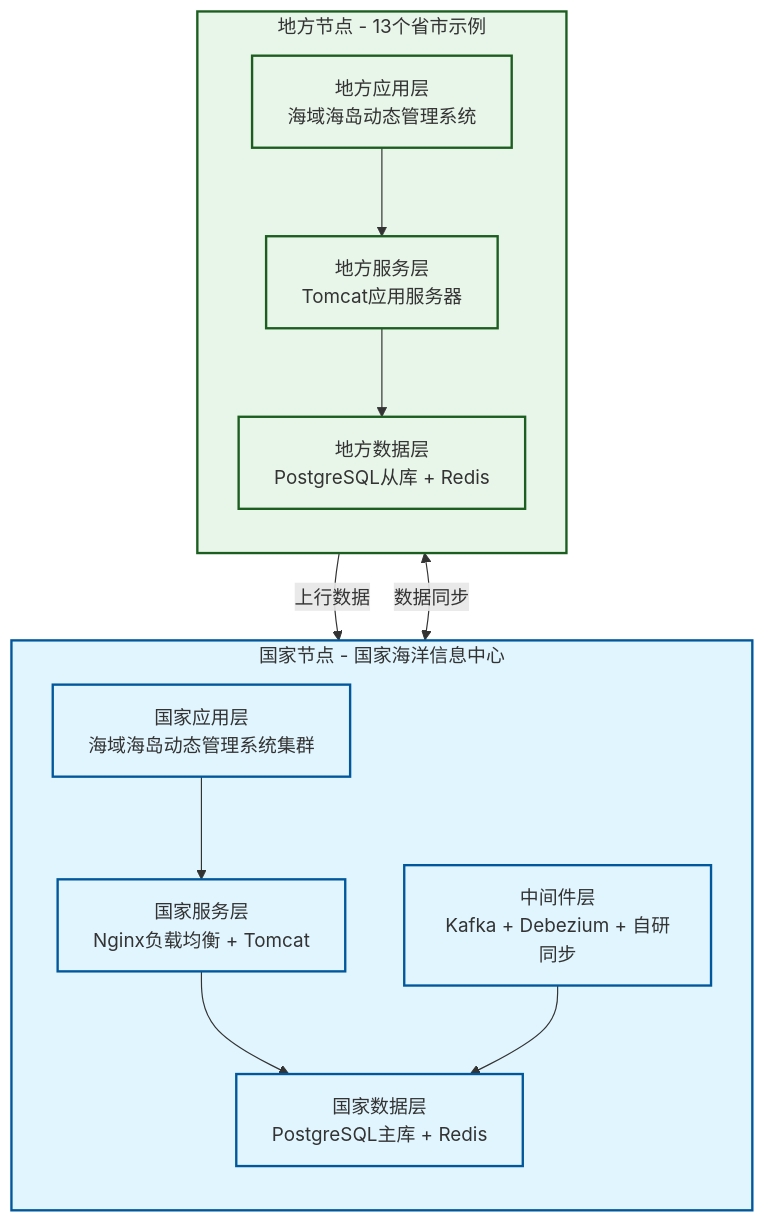
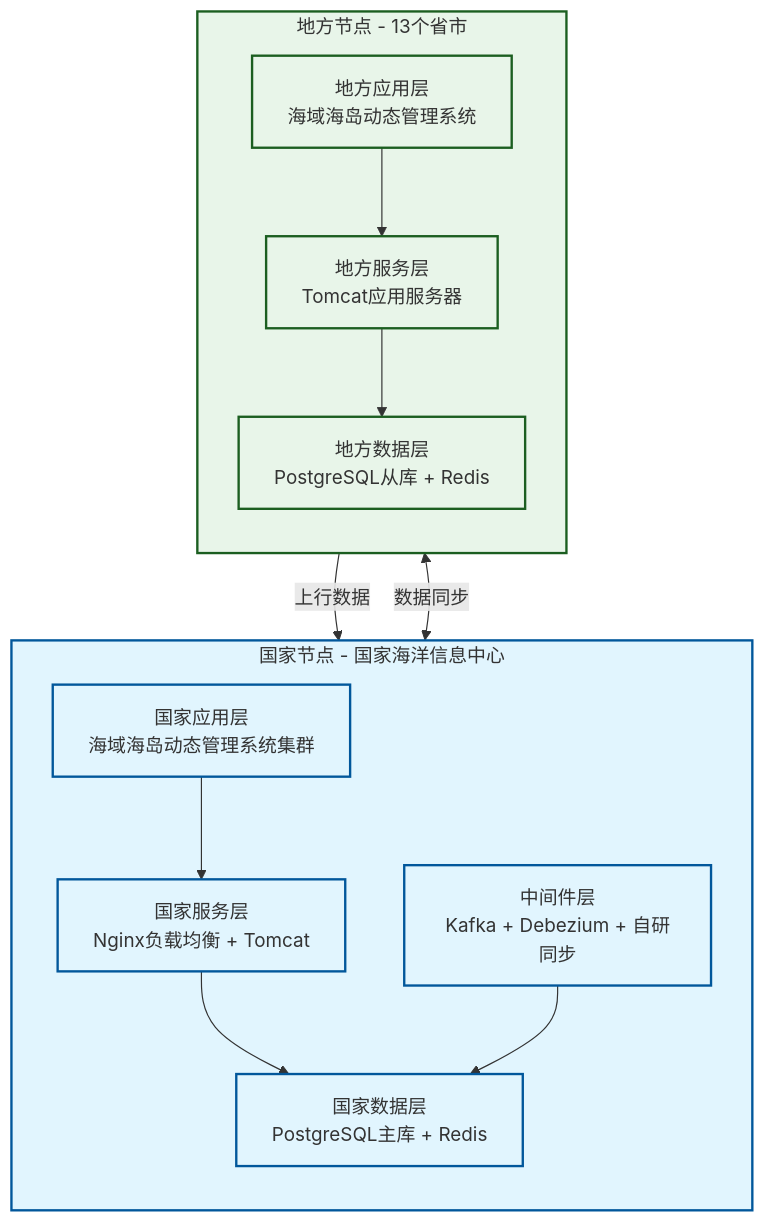
One commit to MyJohn2/iodraw-files changed the diagram in all/未命名-1.md. Above: the diagram before and after it, drawn with Mermaid.

Commit message:
2026-03-03 15:07:20 update

````diff
--- a/all/未命名-1.md
+++ b/all/未命名-1.md
@@ -1,46 +1,45 @@
 ```mermaid
 flowchart TD
     %% 定义样式
     classDef nation fill:#e1f5fe,stroke:#01579b,stroke-width:2px;
     classDef network fill:#fff3e0,stroke:#e65100,stroke-width:2px,stroke-dasharray: 5 5;
     classDef local fill:#e8f5e9,stroke:#1b5e20,stroke-width:2px;
 
     subgraph NationNode [国家节点 - 国家海洋信息中心]
         direction TB
         A[国家应用层<br/>海域海岛动态管理系统集群]
         B[国家服务层<br/>Nginx负载均衡 + Tomcat]
         C[国家数据层<br/>PostgreSQL主库 + Redis]
         D[中间件层<br/>Kafka + Debezium + 自研同步]
         
         A --> B
         B --> C
-
         D --> C
     end
     
 
     
-    subgraph LocalNode [地方节点 - 13个省市示例]
+    subgraph LocalNode [地方节点 - 13个省市]
         direction TB
         F[地方应用层<br/>海域海岛动态管理系统]
         G[地方服务层<br/>Tomcat应用服务器]
         H[地方数据层<br/>PostgreSQL从库 + Redis]
         
         F --> G
         G --> H
     end
 
     %% 跨子图连接 (连接具体节点而非子图名称)
     D <-->|数据同步 | H
     H -->|上行数据 | D
 
     %% 应用样式
     class NationNode,A,B,C,D nation;
     class SecureNet,E network;
     class LocalNode,F,G,H local;
     
 
 
 
 
 ```
````
